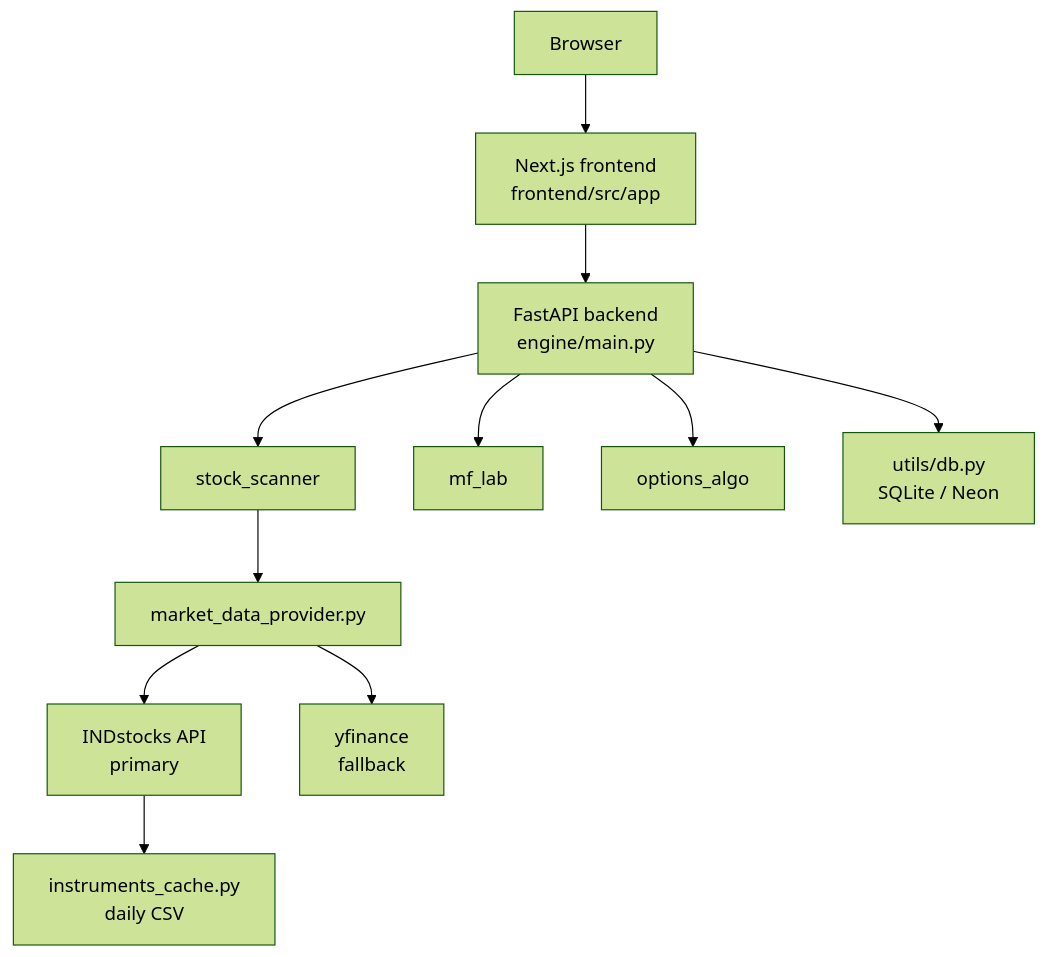
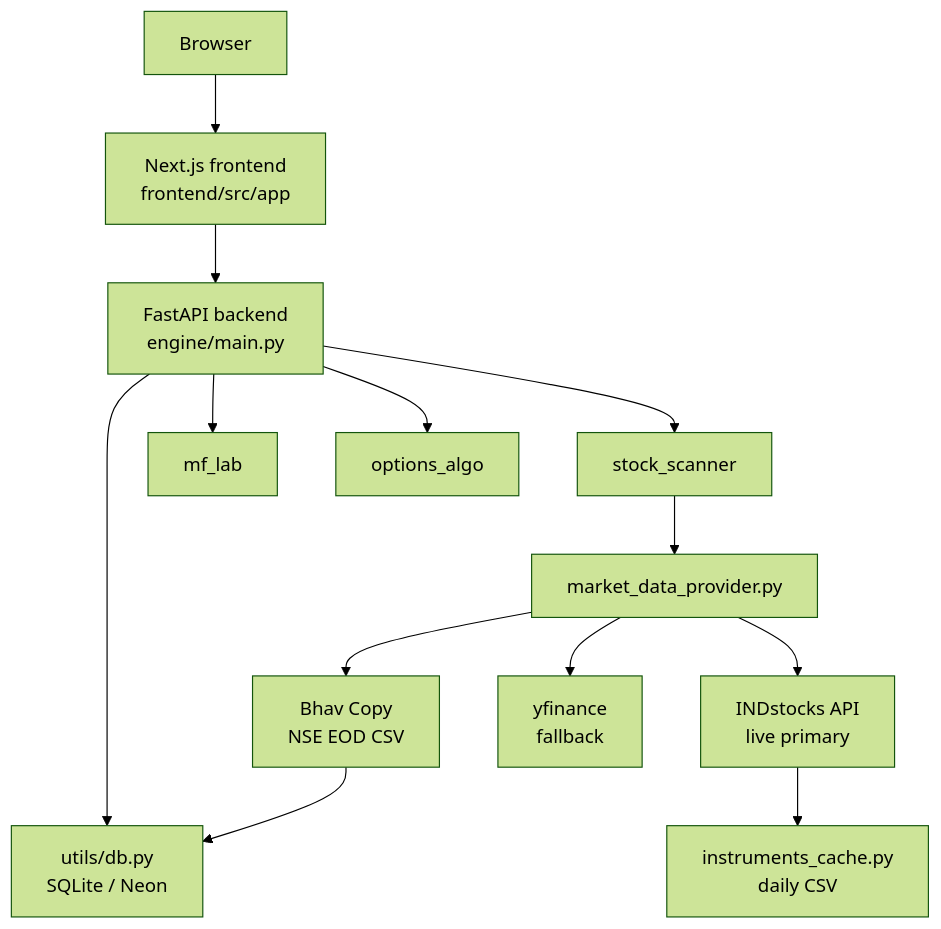
One commit to shivam039/fortress-dashboard-v2 changed the diagram in README.md. Above: the diagram before and after it, drawn with Mermaid (forest theme). The commit also changed other lines of this file, not shown here.

Commit message:
Update README with Bhavcopy architecture and health details

````diff
--- a/README.md
+++ b/README.md
@@ -24,25 +24,28 @@
 ```mermaid
 graph TD
     Browser[Browser]
     Next[Next.js frontend<br/>frontend/src/app]
     API[FastAPI backend<br/>engine/main.py]
     MDP[market_data_provider.py]
-    IND[INDstocks API<br/>primary]
+    Bhav[Bhav Copy<br/>NSE EOD CSV]
+    IND[INDstocks API<br/>live primary]
     YF[yfinance<br/>fallback]
     Cache[instruments_cache.py<br/>daily CSV]
     Scanner[stock_scanner]
     MF[mf_lab]
     Opt[options_algo]
     DB[utils/db.py<br/>SQLite / Neon]
 
     Browser --> Next
     Next --> API
     API --> Scanner
     API --> MF
     API --> Opt
     API --> DB
     Scanner --> MDP
+    MDP --> Bhav
     MDP --> IND
     MDP --> YF
     IND --> Cache
+    Bhav --> DB
 ```
````
